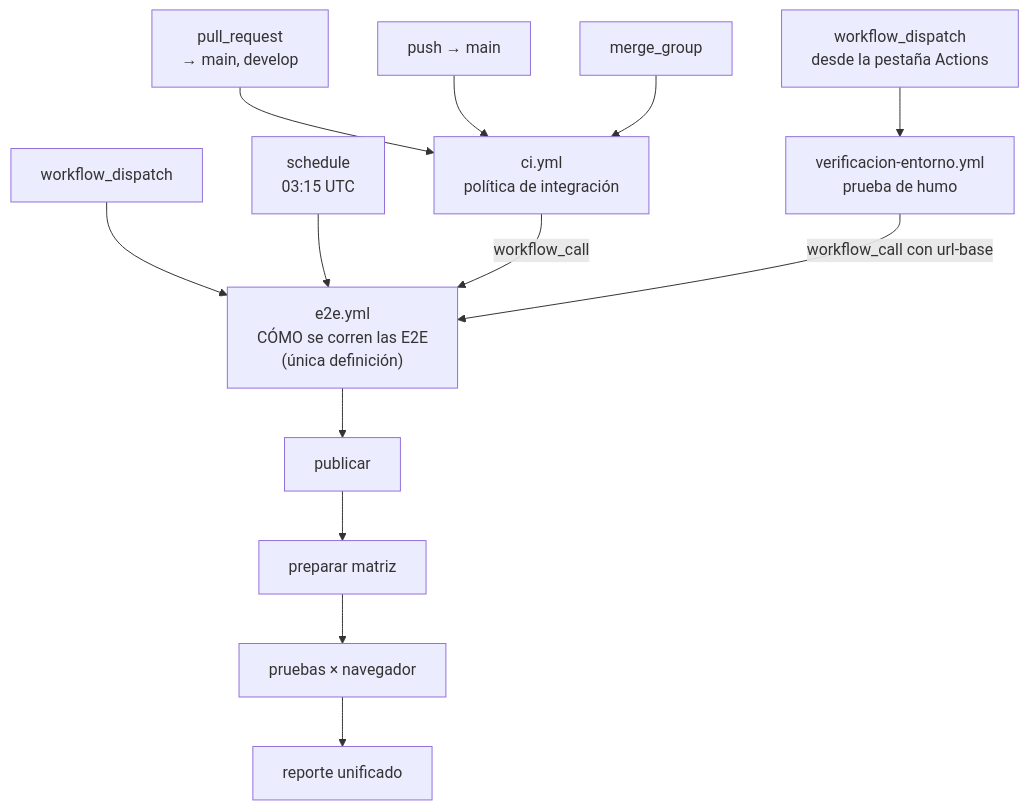
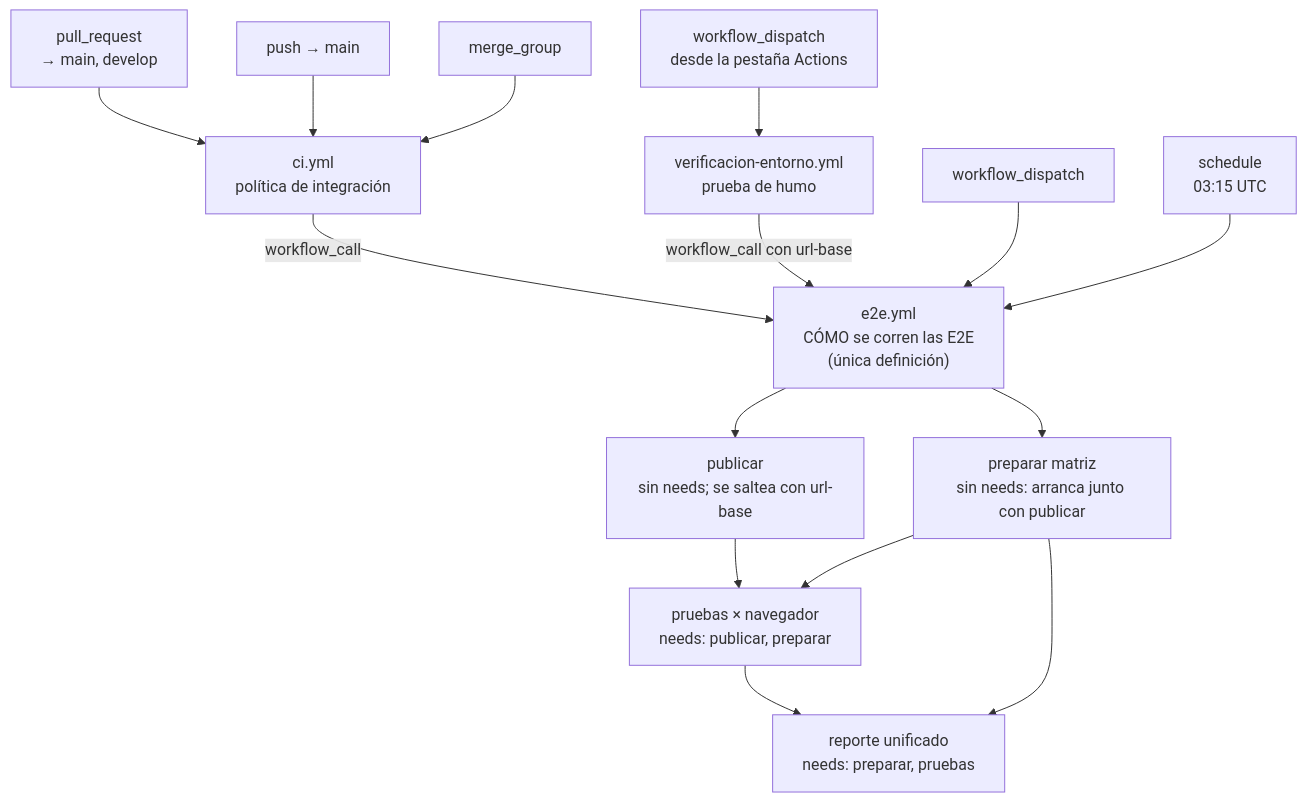
One commit to hdcm-dev/Lab-E2E.WebBlazor.Documentacion changed the fourth of 5 diagrams in Guides/Beginner-Guide.md. Above: the diagram before and after it, drawn with Mermaid. The commit also changed other lines of this file and 3 other files, not shown here.

````diff
--- a/Guides/Beginner-Guide.md
+++ b/Guides/Beginner-Guide.md
@@ -928,12 +1042,17 @@
 ```mermaid
 flowchart TD
     PR["pull_request<br/>→ main, develop"] --> CI["ci.yml<br/>política de integración"]
     PUSH["push → main"] --> CI
     MG["merge_group"] --> CI
     UI["workflow_dispatch<br/>desde la pestaña Actions"] --> VE["verificacion-entorno.yml<br/>prueba de humo"]
     UI2["workflow_dispatch"] --> E2E
     CRON["schedule<br/>03:15 UTC"] --> E2E
     CI -->|workflow_call| E2E["e2e.yml<br/>CÓMO se corren las E2E<br/>(única definición)"]
     VE -->|workflow_call con url-base| E2E
-    E2E --> J1["publicar"] --> J2["preparar matriz"] --> J3["pruebas × navegador"] --> J4["reporte unificado"]
+    E2E --> J1["publicar<br/>sin needs; se saltea con url-base"]
+    E2E --> J2["preparar matriz<br/>sin needs: arranca junto con publicar"]
+    J1 --> J3["pruebas × navegador<br/>needs: publicar, preparar"]
+    J2 --> J3
+    J2 --> J4["reporte unificado<br/>needs: preparar, pruebas"]
+    J3 --> J4
 ```
````
